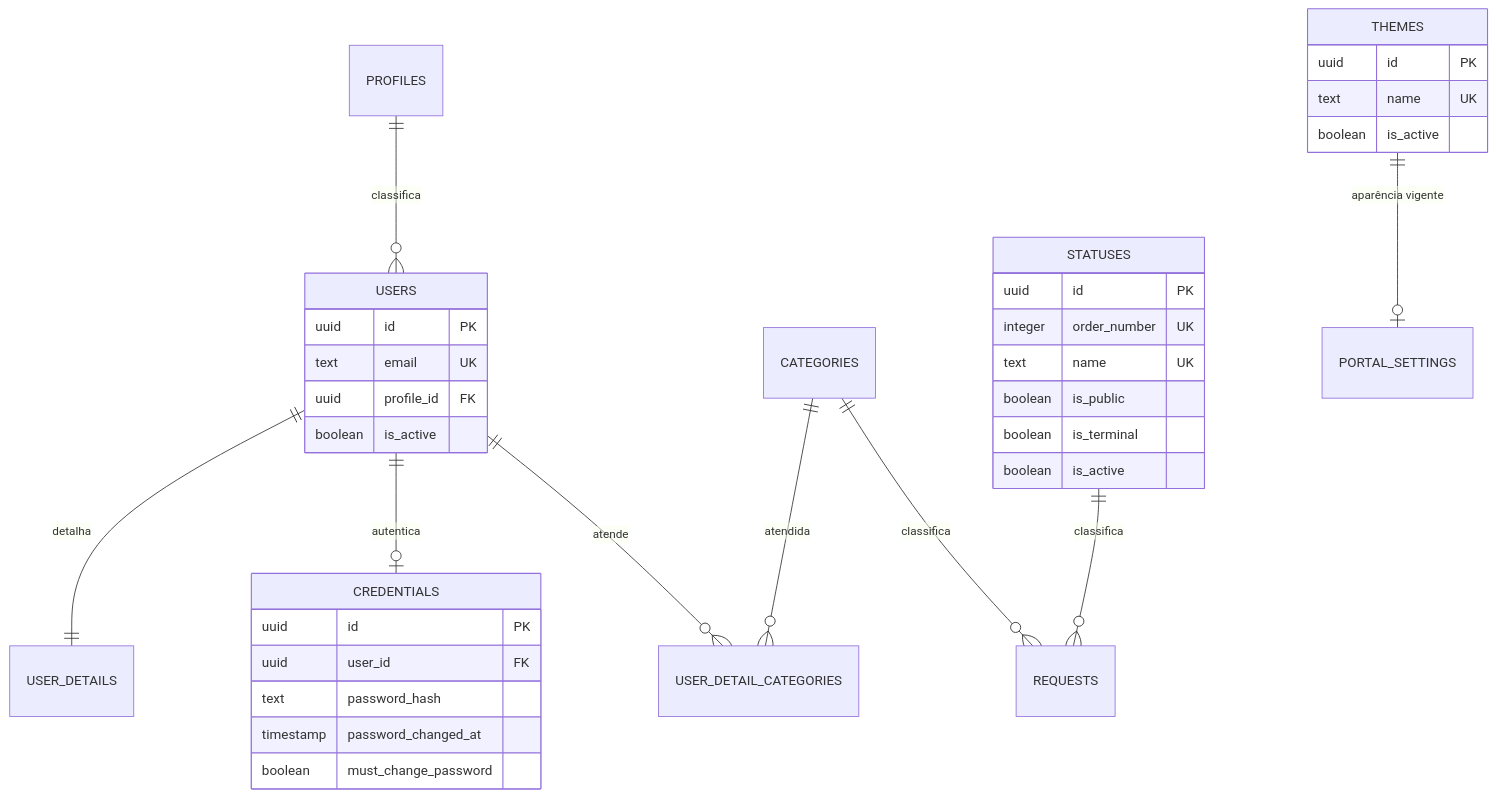
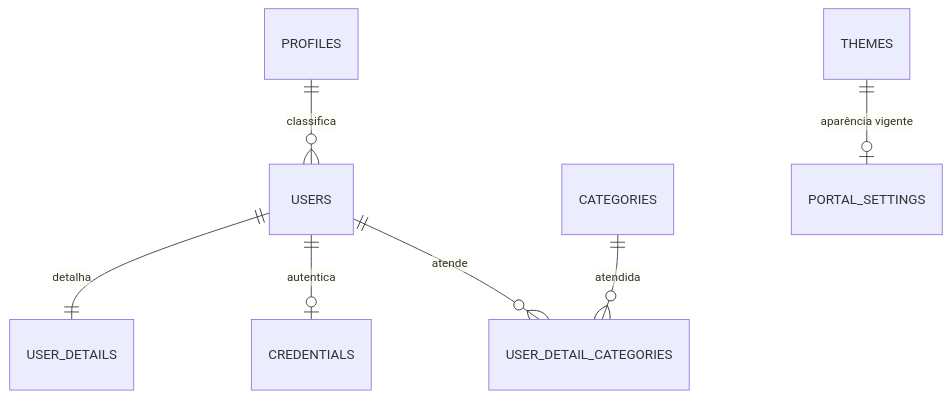
The second of 3 diagrams in docs/03-Data-Model.md (NEO-Kaizen/backend-novo), drawn with Mermaid before and after one commit. The commit also changed other lines of this file and 5 other files, not shown here.

````diff
--- a/docs/03-Data-Model.md
+++ b/docs/03-Data-Model.md
@@ -287,38 +290,9 @@
 ```mermaid
 erDiagram
     PROFILES ||--o{ USERS : "classifica"
     USERS ||--|| USER_DETAILS : "detalha"
     USERS ||--o| CREDENTIALS : "autentica"
     USERS ||--o{ USER_DETAIL_CATEGORIES : "atende"
     CATEGORIES ||--o{ USER_DETAIL_CATEGORIES : "atendida"
-    STATUSES ||--o{ REQUESTS : "classifica"
-    CATEGORIES ||--o{ REQUESTS : "classifica"
     THEMES ||--o| PORTAL_SETTINGS : "aparência vigente"
-
-    USERS {
-        uuid id PK
-        text email UK
-        uuid profile_id FK
-        boolean is_active
-    }
-    CREDENTIALS {
-        uuid id PK
-        uuid user_id FK
-        text password_hash
-        timestamp password_changed_at
-        boolean must_change_password
-    }
-    STATUSES {
-        uuid id PK
-        integer order_number UK
-        text name UK
-        boolean is_public
-        boolean is_terminal
-        boolean is_active
-    }
-    THEMES {
-        uuid id PK
-        text name UK
-        boolean is_active
-    }
 ```
````
